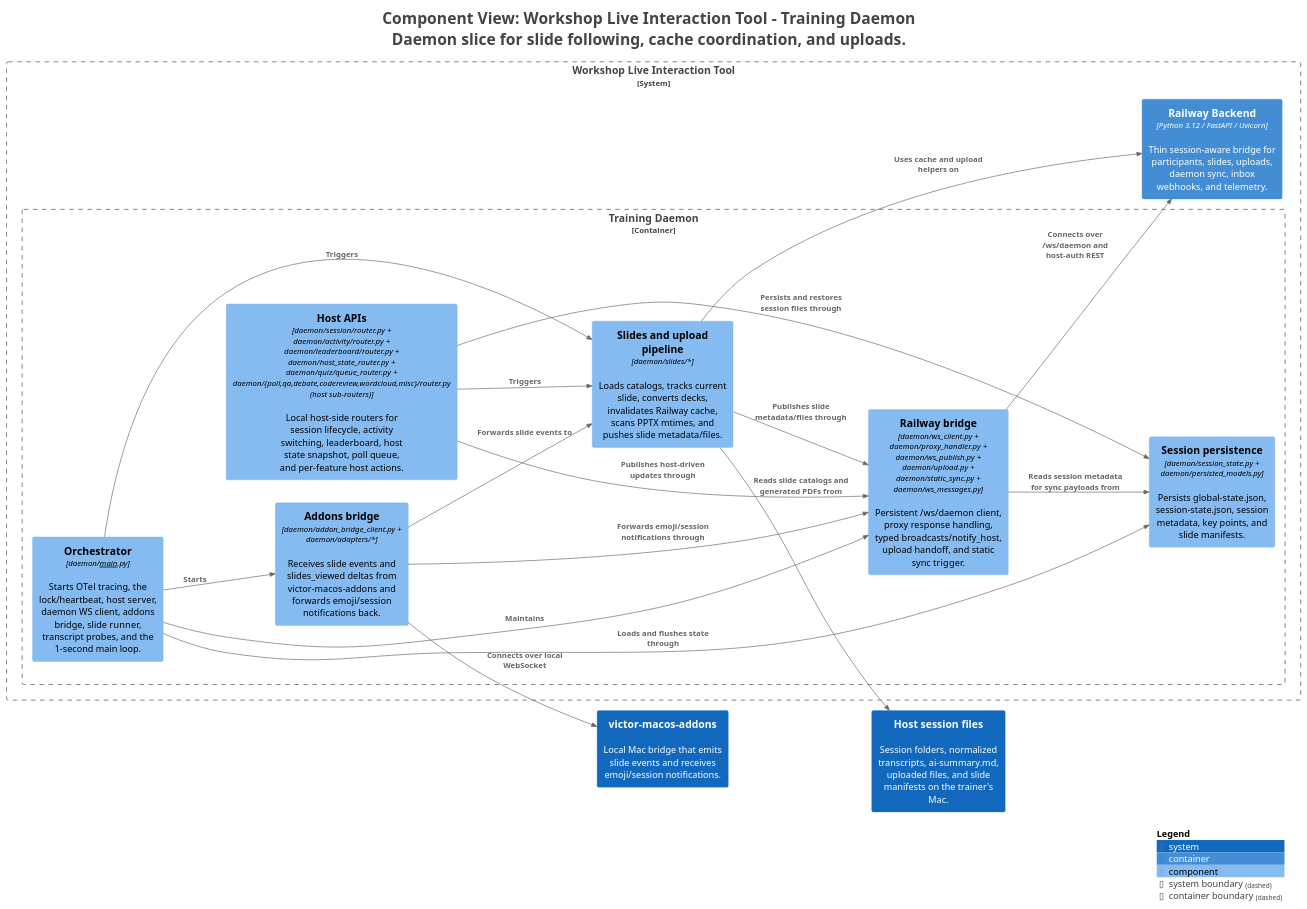
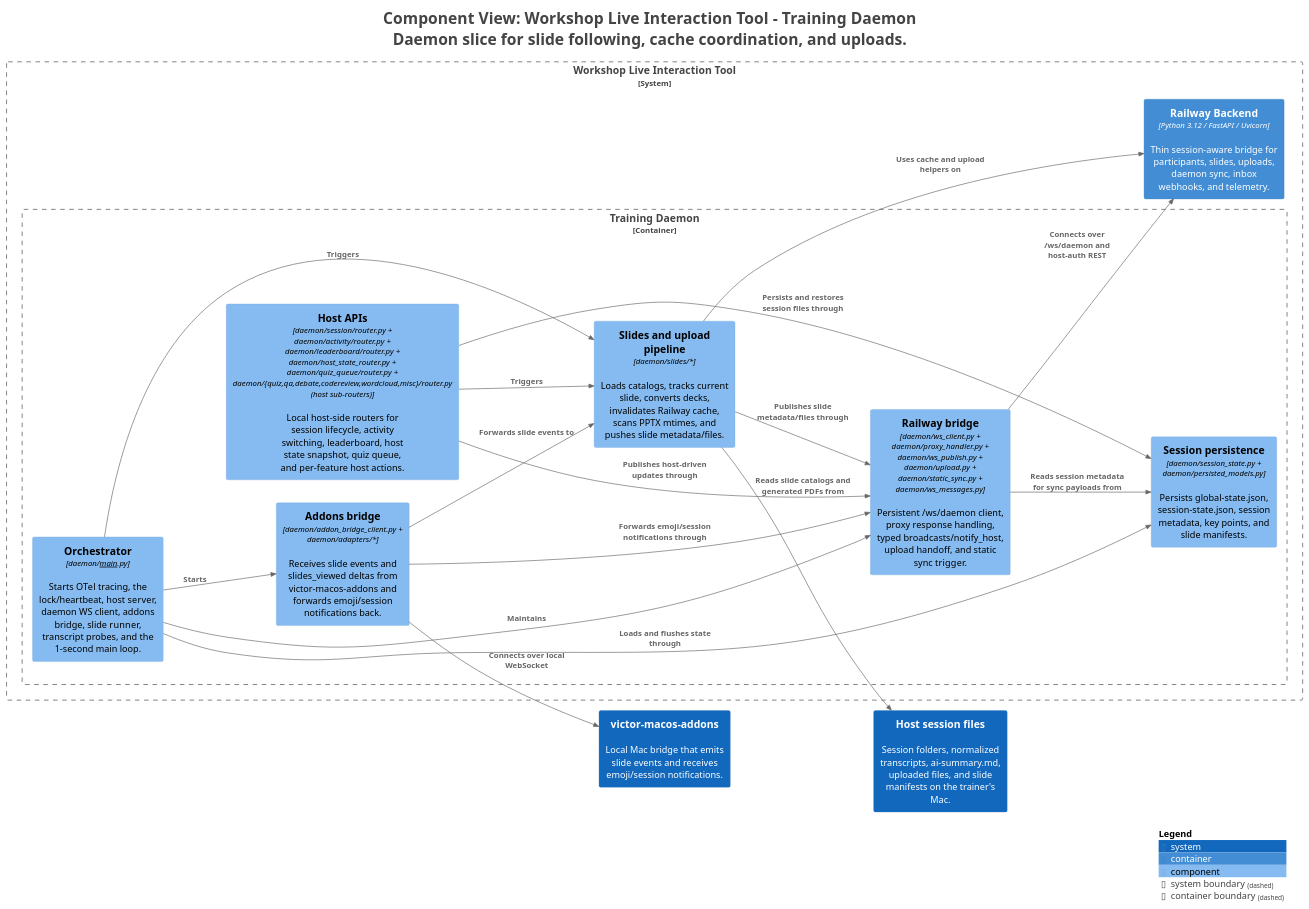
Before and after one commit to victorrentea/training-assistant: the diagram in docs/c4views/C3-Daemon-Slides.puml, drawn with PlantUML. The commit also changed 192 other files, not shown here.

First line of the commit message:
refactor: rename Poll feature → Quiz (codebase, wire protocol, docs)

```diff
--- a/docs/c4views/C3-Daemon-Slides.puml
+++ b/docs/c4views/C3-Daemon-Slides.puml
@@ -1,53 +1,53 @@
 @startuml
 title <size:24>Component View: Workshop Live Interaction Tool - Training Daemon</size>\n<size:24>Daemon slice for slide following, cache coordination, and uploads.</size>
 
 set separator none
 left to right direction
 
 <style>
   root {
     BackgroundColor: #ffffff
     FontColor: #444444
   }
 </style>
 
 !include <C4/C4>
 !include <C4/C4_Context>
 !include <C4/C4_Container>
 !include <C4/C4_Component>
 
 System(victormacosaddons, "victor-macos-addons", $descr="Local Mac bridge that emits slide events and receives emoji/session notifications.", $tags="", $link="")
 System(Hostsessionfiles, "Host session files", $descr="Session folders, normalized transcripts, ai-summary.md, uploaded files, and slide manifests on the trainer's Mac.", $tags="", $link="")
 
 System_Boundary("WorkshopLiveInteractionTool_boundary", "Workshop Live Interaction Tool", $tags="") {
   Container_Boundary("WorkshopLiveInteractionTool.TrainingDaemon_boundary", "Training Daemon", $tags="") {
     Component(WorkshopLiveInteractionTool.TrainingDaemon.Orchestrator, "Orchestrator", $techn="daemon/__main__.py", $descr="Starts OTel tracing, the lock/heartbeat, host server, daemon WS client, addons bridge, slide runner, transcript probes, and the 1-second main loop.", $tags="", $link="")
-    Component(WorkshopLiveInteractionTool.TrainingDaemon.HostAPIs, "Host APIs", $techn="daemon/session/router.py + daemon/activity/router.py + daemon/leaderboard/router.py + daemon/host_state_router.py + daemon/quiz/queue_router.py + daemon/{poll,qa,debate,codereview,wordcloud,misc}/router.py (host sub-routers)", $descr="Local host-side routers for session lifecycle, activity switching, leaderboard, host state snapshot, poll queue, and per-feature host actions.", $tags="", $link="")
+    Component(WorkshopLiveInteractionTool.TrainingDaemon.HostAPIs, "Host APIs", $techn="daemon/session/router.py + daemon/activity/router.py + daemon/leaderboard/router.py + daemon/host_state_router.py + daemon/quiz_queue/router.py + daemon/{quiz,qa,debate,codereview,wordcloud,misc}/router.py (host sub-routers)", $descr="Local host-side routers for session lifecycle, activity switching, leaderboard, host state snapshot, quiz queue, and per-feature host actions.", $tags="", $link="")
     Component(WorkshopLiveInteractionTool.TrainingDaemon.Railwaybridge, "Railway bridge", $techn="daemon/ws_client.py + daemon/proxy_handler.py + daemon/ws_publish.py + daemon/upload.py + daemon/static_sync.py + daemon/ws_messages.py", $descr="Persistent /ws/daemon client, proxy response handling, typed broadcasts/notify_host, upload handoff, and static sync trigger.", $tags="", $link="")
     Component(WorkshopLiveInteractionTool.TrainingDaemon.Sessionpersistence, "Session persistence", $techn="daemon/session_state.py + daemon/persisted_models.py", $descr="Persists global-state.json, session-state.json, session metadata, key points, and slide manifests.", $tags="", $link="")
     Component(WorkshopLiveInteractionTool.TrainingDaemon.Slidesanduploadpipeline, "Slides and upload pipeline", $techn="daemon/slides/*", $descr="Loads catalogs, tracks current slide, converts decks, invalidates Railway cache, scans PPTX mtimes, and pushes slide metadata/files.", $tags="", $link="")
     Component(WorkshopLiveInteractionTool.TrainingDaemon.Addonsbridge, "Addons bridge", $techn="daemon/addon_bridge_client.py + daemon/adapters/*", $descr="Receives slide events and slides_viewed deltas from victor-macos-addons and forwards emoji/session notifications back.", $tags="", $link="")
   }
 
   Container(WorkshopLiveInteractionTool.RailwayBackend, "Railway Backend", $techn="Python 3.12 / FastAPI / Uvicorn", $descr="Thin session-aware bridge for participants, slides, uploads, daemon sync, inbox webhooks, and telemetry.", $tags="", $link="")
 }
 
 Rel(WorkshopLiveInteractionTool.TrainingDaemon.HostAPIs, WorkshopLiveInteractionTool.TrainingDaemon.Railwaybridge, "Publishes host-driven updates through", $techn="", $tags="", $link="")
 Rel(WorkshopLiveInteractionTool.TrainingDaemon.HostAPIs, WorkshopLiveInteractionTool.TrainingDaemon.Sessionpersistence, "Persists and restores session files through", $techn="", $tags="", $link="")
 Rel(WorkshopLiveInteractionTool.TrainingDaemon.HostAPIs, WorkshopLiveInteractionTool.TrainingDaemon.Slidesanduploadpipeline, "Triggers", $techn="", $tags="", $link="")
 Rel(WorkshopLiveInteractionTool.TrainingDaemon.Railwaybridge, WorkshopLiveInteractionTool.RailwayBackend, "Connects over /ws/daemon and host-auth REST", $techn="", $tags="", $link="")
 Rel(WorkshopLiveInteractionTool.TrainingDaemon.Railwaybridge, WorkshopLiveInteractionTool.TrainingDaemon.Sessionpersistence, "Reads session metadata for sync payloads from", $techn="", $tags="", $link="")
 Rel(WorkshopLiveInteractionTool.TrainingDaemon.Slidesanduploadpipeline, Hostsessionfiles, "Reads slide catalogs and generated PDFs from", $techn="", $tags="", $link="")
 Rel(WorkshopLiveInteractionTool.TrainingDaemon.Slidesanduploadpipeline, WorkshopLiveInteractionTool.TrainingDaemon.Railwaybridge, "Publishes slide metadata/files through", $techn="", $tags="", $link="")
 Rel(WorkshopLiveInteractionTool.TrainingDaemon.Slidesanduploadpipeline, WorkshopLiveInteractionTool.RailwayBackend, "Uses cache and upload helpers on", $techn="", $tags="", $link="")
 Rel(WorkshopLiveInteractionTool.TrainingDaemon.Addonsbridge, victormacosaddons, "Connects over local WebSocket", $techn="", $tags="", $link="")
 Rel(WorkshopLiveInteractionTool.TrainingDaemon.Addonsbridge, WorkshopLiveInteractionTool.TrainingDaemon.Slidesanduploadpipeline, "Forwards slide events to", $techn="", $tags="", $link="")
 Rel(WorkshopLiveInteractionTool.TrainingDaemon.Addonsbridge, WorkshopLiveInteractionTool.TrainingDaemon.Railwaybridge, "Forwards emoji/session notifications through", $techn="", $tags="", $link="")
 Rel(WorkshopLiveInteractionTool.TrainingDaemon.Orchestrator, WorkshopLiveInteractionTool.TrainingDaemon.Railwaybridge, "Maintains", $techn="", $tags="", $link="")
 Rel(WorkshopLiveInteractionTool.TrainingDaemon.Orchestrator, WorkshopLiveInteractionTool.TrainingDaemon.Sessionpersistence, "Loads and flushes state through", $techn="", $tags="", $link="")
 Rel(WorkshopLiveInteractionTool.TrainingDaemon.Orchestrator, WorkshopLiveInteractionTool.TrainingDaemon.Slidesanduploadpipeline, "Triggers", $techn="", $tags="", $link="")
 Rel(WorkshopLiveInteractionTool.TrainingDaemon.Orchestrator, WorkshopLiveInteractionTool.TrainingDaemon.Addonsbridge, "Starts", $techn="", $tags="", $link="")
 
 SHOW_LEGEND(true)
 hide stereotypes
 @enduml
```
